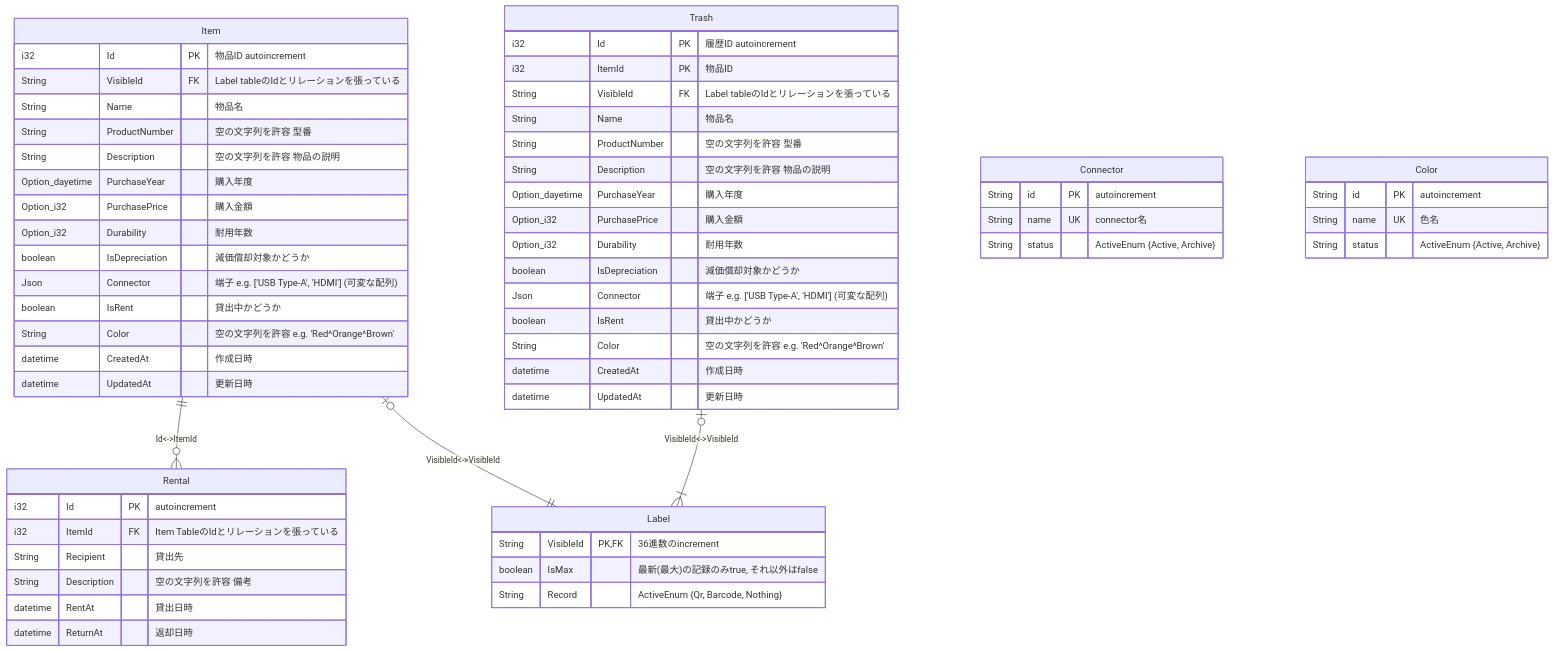
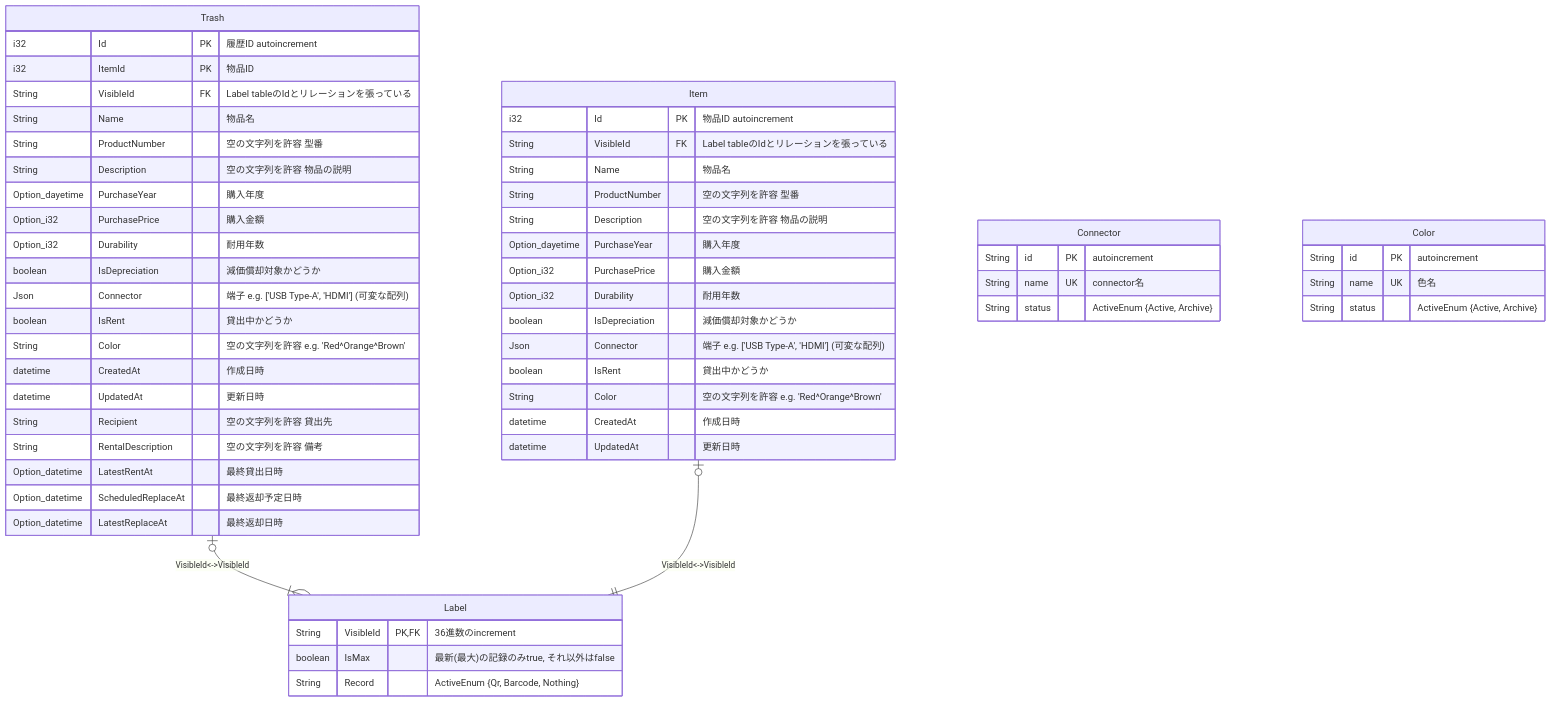
One commit to sohosai/dashi changed the first of 3 diagrams in documents/database.md. Above: the diagram before and after it, drawn with Mermaid. The commit also changed other lines of this file and 1 other file, not shown here.

````diff
--- a/documents/database.md
+++ b/documents/database.md
@@ -10,62 +9,58 @@
 ```mermaid
 erDiagram
-    Item ||--o{ Rental : "Id<->ItemId"
     Trash |o--|{ Label : "VisibleId<->VisibleId"
     Item |o--|| Label : "VisibleId<->VisibleId"
     Item {
         i32 Id PK "物品ID autoincrement"
         String VisibleId FK "Label tableのIdとリレーションを張っている"
         String Name "物品名"
         String ProductNumber "空の文字列を許容 型番"
         String Description "空の文字列を許容 物品の説明"
         Option_dayetime PurchaseYear "購入年度"
         Option_i32 PurchasePrice "購入金額"
         Option_i32 Durability "耐用年数"
         boolean IsDepreciation "減価償却対象かどうか"
         Json Connector "端子 e.g. ['USB Type-A', 'HDMI'] (可変な配列)"
         boolean IsRent "貸出中かどうか"
         String Color "空の文字列を許容 e.g. 'Red^Orange^Brown'"
         datetime CreatedAt "作成日時"
         datetime UpdatedAt "更新日時"
     }
     Trash {
         i32 Id PK "履歴ID autoincrement"
         i32 ItemId PK "物品ID"
         String VisibleId FK "Label tableのIdとリレーションを張っている"
         String Name "物品名"
         String ProductNumber "空の文字列を許容 型番"
         String Description "空の文字列を許容 物品の説明"
         Option_dayetime PurchaseYear "購入年度"
         Option_i32 PurchasePrice "購入金額"
         Option_i32 Durability "耐用年数"
         boolean IsDepreciation "減価償却対象かどうか"
         Json Connector "端子 e.g. ['USB Type-A', 'HDMI'] (可変な配列)"
         boolean IsRent "貸出中かどうか"
         String Color "空の文字列を許容 e.g. 'Red^Orange^Brown'"
         datetime CreatedAt "作成日時"
         datetime UpdatedAt "更新日時"
+        String Recipient "空の文字列を許容 貸出先"
+        String RentalDescription "空の文字列を許容 備考"
+        Option_datetime LatestRentAt "最終貸出日時"
+        Option_datetime ScheduledReplaceAt "最終返却予定日時"
+        Option_datetime LatestReplaceAt "最終返却日時"
     }
     Label {
         String VisibleId PK, FK "36進数のincrement"
         boolean IsMax "最新(最大)の記録のみtrue, それ以外はfalse"
         String Record "ActiveEnum {Qr, Barcode, Nothing}"
-    }
-    Rental {
-        i32 Id PK "autoincrement"
-        i32 ItemId FK "Item TableのIdとリレーションを張っている"
-        String Recipient "貸出先"
-        String Description "空の文字列を許容 備考"
-        datetime RentAt "貸出日時"
-        datetime ReturnAt "返却日時"
     }
     Connector {
         String id PK "autoincrement"
         String name UK "connector名"
         String status "ActiveEnum {Active, Archive}"
     }
     Color {
         String id PK "autoincrement"
         String name UK "色名"
         String status "ActiveEnum {Active, Archive}"
     }
 ```
````
